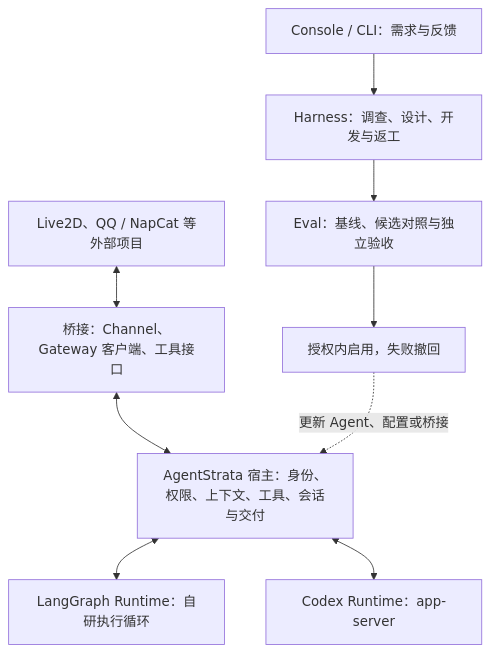
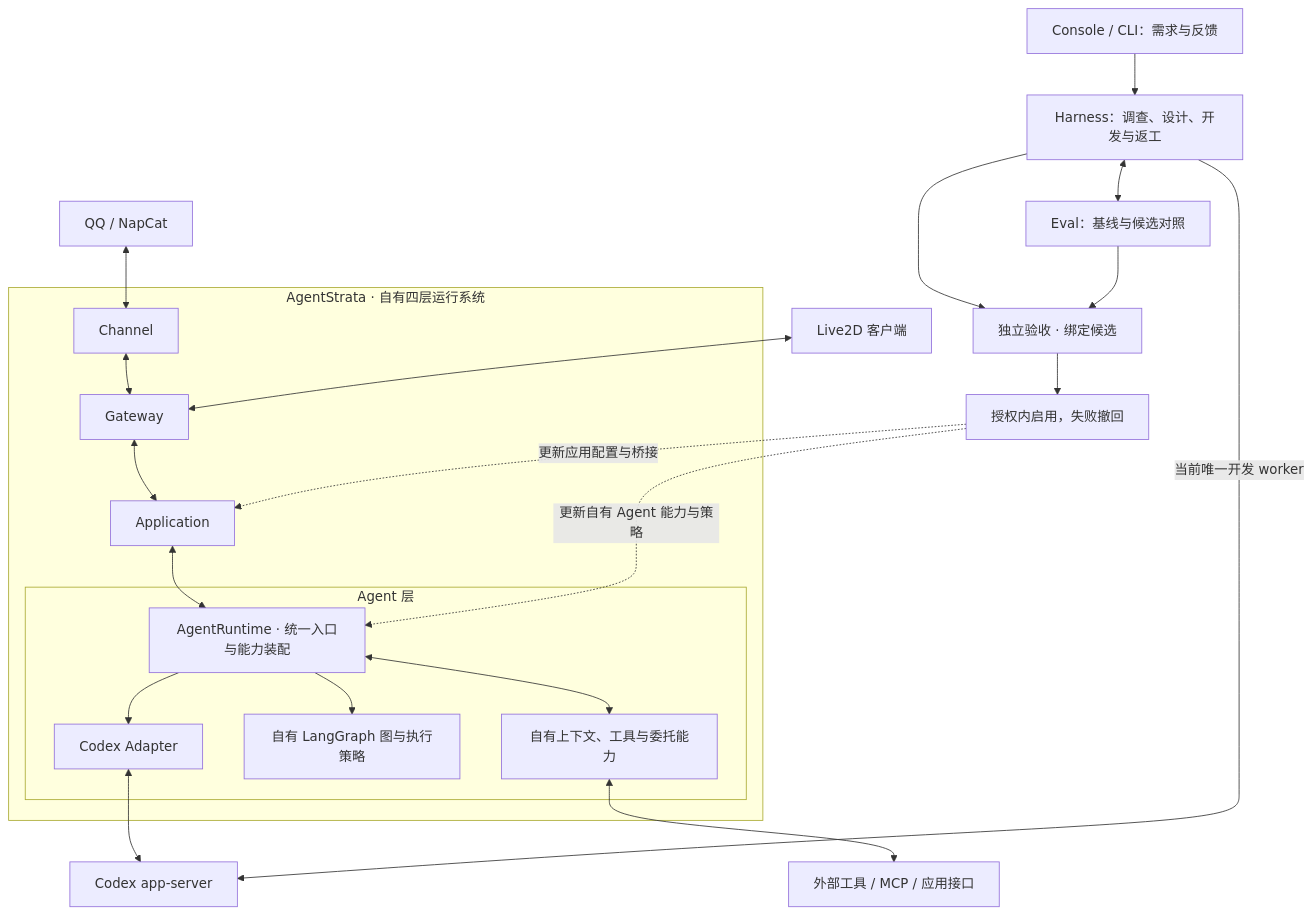
The first of 3 diagrams in specs/application-harness-framework/spec.md (Ling-ye/AgentStrata), drawn with Mermaid before and after one commit. The commit also changed other lines of this file and 57 other files, not shown here.

````diff
--- a/specs/application-harness-framework/spec.md
+++ b/specs/application-harness-framework/spec.md
@@ -53,11 +68,29 @@
 ```mermaid
 flowchart TB
-    P["Live2D、QQ / NapCat 等外部项目"] <--> B["桥接：Channel、Gateway 客户端、工具接口"]
-    B <--> A["AgentStrata 宿主：身份、权限、上下文、工具、会话与交付"]
-    A <--> L["LangGraph Runtime：自研执行循环"]
-    A <--> C["Codex Runtime：app-server"]
+    subgraph S["AgentStrata · 自有四层运行系统"]
+        CH["Channel"] <--> GW["Gateway"]
+        GW <--> APP["Application"]
+        subgraph A["Agent 层"]
+            AR["AgentRuntime · 统一入口与能力装配"]
+            CAP["自有上下文、工具与委托能力"]
+            L["自有 LangGraph 图与执行策略"]
+            CA["Codex Adapter"]
+            AR <--> CAP
+            AR --> L
+            AR --> CA
+        end
+        APP <--> AR
+    end
+    QQ["QQ / NapCat"] <--> CH
+    LIVE["Live2D 客户端"] <--> GW
+    CAP <--> B["外部工具 / MCP / 应用接口"]
+    CA <--> C["Codex app-server"]
     U["Console / CLI：需求与反馈"] --> H["Harness：调查、设计、开发与返工"]
-    H --> E["Eval：基线、候选对照与独立验收"]
-    E --> R["授权内启用，失败撤回"]
-    R -. "更新 Agent、配置或桥接" .-> A
+    H -- "当前唯一开发 worker" --> C
+    H <--> E["Eval：基线与候选对照"]
+    H --> ACCEPT["独立验收 · 绑定候选"]
+    E --> ACCEPT
+    ACCEPT --> R["授权内启用，失败撤回"]
+    R -. "更新自有 Agent 能力与策略" .-> AR
+    R -. "更新应用配置与桥接" .-> APP
 ```
````
